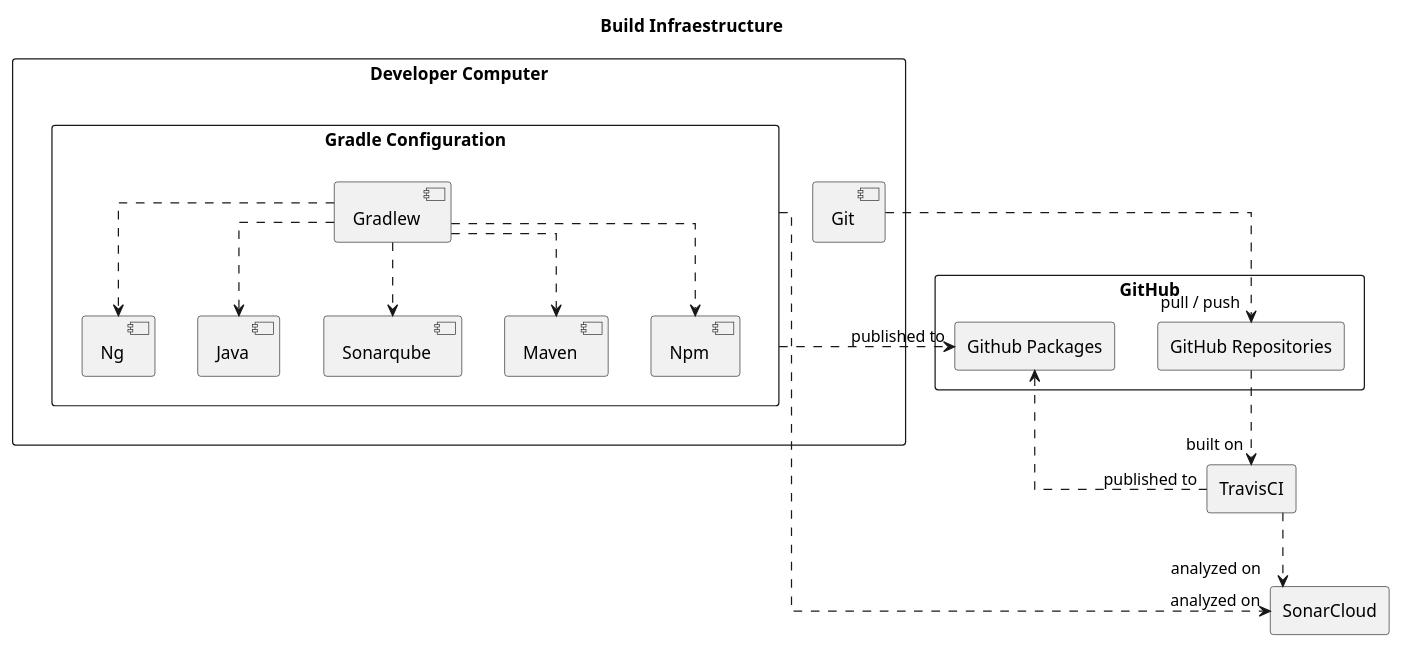
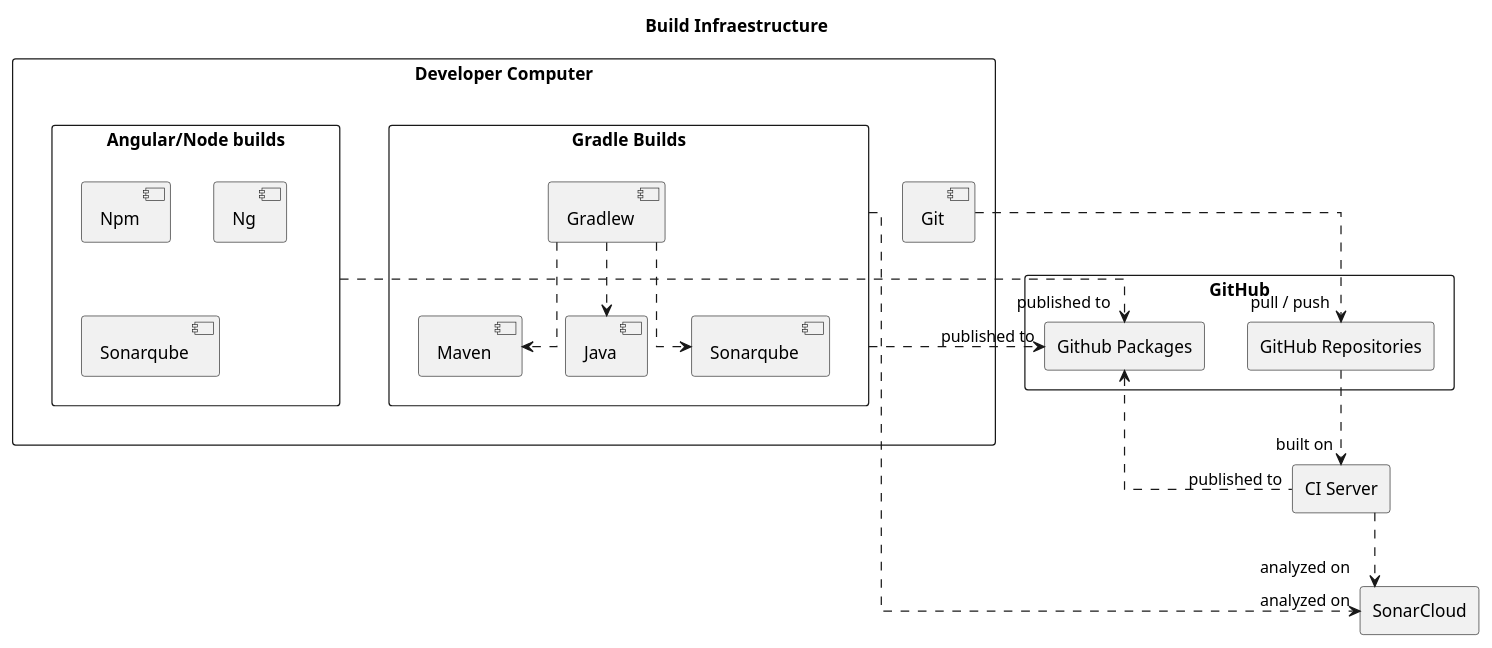
Before and after one commit to sitmun/community: the diagram in doc/infraestructure-services.puml, drawn with PlantUML.

Commit message:
Updated build diagram

```diff
--- a/doc/infraestructure-services.puml
+++ b/doc/infraestructure-services.puml
@@ -1,50 +1,49 @@
 @startuml
-
 title Build Infraestructure
 skinparam linetype ortho
 
 
 rectangle "Developer Computer" {
-    rectangle "Gradle Configuration" as gradleconf {
+    rectangle "Gradle Builds" as gradleconf {
         [Gradlew] as gradlew
-        [Npm] as npm
-        [Ng] as ng
         [Java] as jv
         [Sonarqube] as sq
         [Maven] as mv
+    }
+    rectangle "Angular/Node builds" as nodeconf {
+        [Npm] as npm
+        [Ng] as ng
+        [Sonarqube] as sqn
     }
 [Git] as git
 }
 
 
 rectangle "GitHub" {
     rectangle "GitHub Repositories" as github
     rectangle "Github Packages" as ghp
 }
 
 
-rectangle "TravisCI" as travis
+rectangle "CI Server" as ci
 
 rectangle "SonarCloud" as sonar
 
 
 
-gradlew ..> npm
-gradlew ..> ng
 gradlew ..> sq
 gradlew ..> mv
 gradlew ..> jv
 
 
 
 git .right.> "pull / push" github
-github .down.> "built on" travis
+github .down.> "built on" ci
 
-travis ..> "analyzed on" sonar
+ci ..> "analyzed on" sonar
 gradleconf .down.> "analyzed on" sonar
 
 gradleconf .down.> "published to" ghp
-travis "published to" .left.> ghp 
-
-
+nodeconf .down.> "published to" ghp
+ci "published to" .left.> ghp
 @enduml
```
